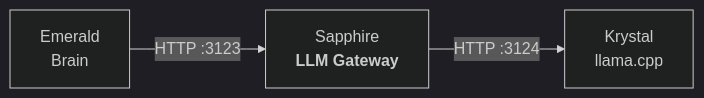
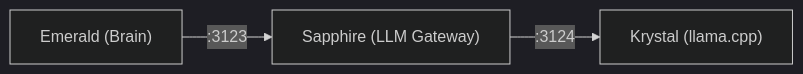
One commit to protocol-luna/sapphire changed the diagram in README.md. Above: the diagram before and after it, drawn with Mermaid (dark theme).

Commit message:
fix: replace graph+br with flowchart for Mermaid compat

````diff
--- a/README.md
+++ b/README.md
@@ -29,5 +29,5 @@
 ```mermaid
-graph LR
-    Emerald["Emerald<br/>Brain"] -- "HTTP :3123" --> Sapphire["Sapphire<br/><strong>LLM Gateway</strong>"]
-    Sapphire -- "HTTP :3124" --> Krystal["Krystal<br/>llama.cpp"]
+flowchart LR
+    Emerald["Emerald (Brain)"] -- ":3123" --> Sapphire["Sapphire (LLM Gateway)"]
+    Sapphire -- ":3124" --> Krystal["Krystal (llama.cpp)"]
 ```
````
